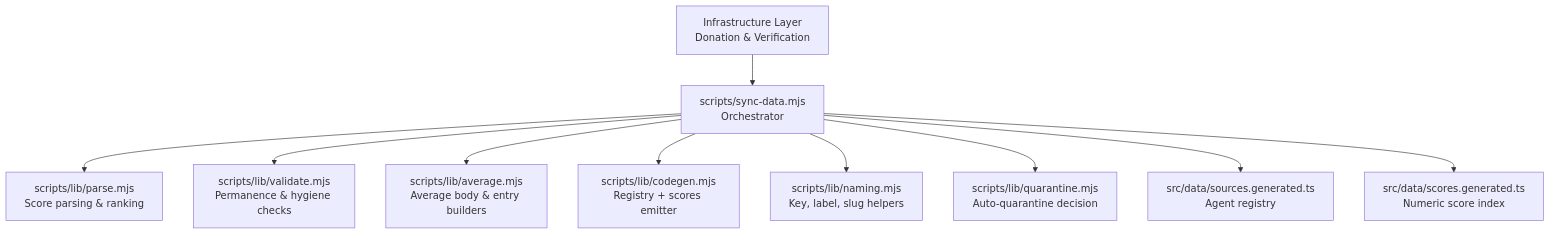
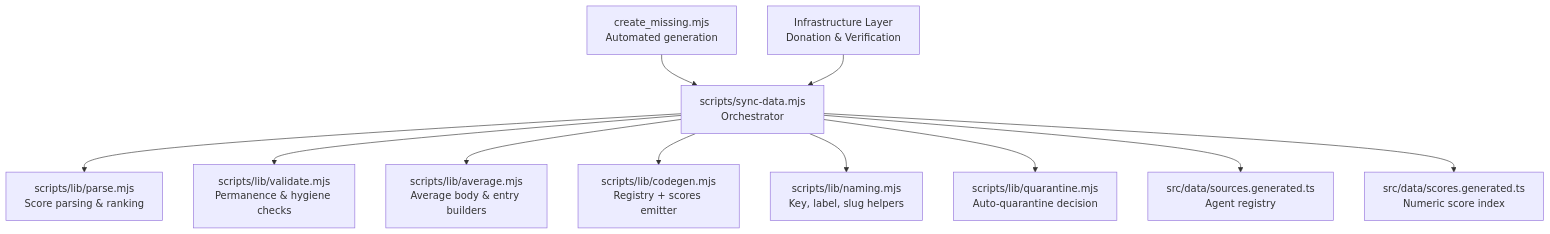
The first of 3 diagrams in .qoder/repowiki/en/content/Model Research & Evaluation/Data Synchronization Pipeline.md (delirium-dj/modelcomp), drawn with Mermaid before and after one commit. The commit also changed other lines of this file and 76 other files, not shown here.

````diff
--- a/.qoder/repowiki/en/content/Model Research & Evaluation/Data Synchronization Pipeline.md
+++ b/.qoder/repowiki/en/content/Model Research & Evaluation/Data Synchronization Pipeline.md
@@ -59,12 +62,13 @@
 ```mermaid
 graph TB
 Sync["scripts/sync-data.mjs<br/>Orchestrator"] --> Parse["scripts/lib/parse.mjs<br/>Score parsing & ranking"]
 Sync --> Validate["scripts/lib/validate.mjs<br/>Permanence & hygiene checks"]
 Sync --> Average["scripts/lib/average.mjs<br/>Average body & entry builders"]
 Sync --> Codegen["scripts/lib/codegen.mjs<br/>Registry + scores emitter"]
 Sync --> Naming["scripts/lib/naming.mjs<br/>Key, label, slug helpers"]
 Sync --> Quarantine["scripts/lib/quarantine.mjs<br/>Auto-quarantine decision"]
 Sync --> SourcesTS["src/data/sources.generated.ts<br/>Agent registry"]
 Sync --> ScoresTS["src/data/scores.generated.ts<br/>Numeric score index"]
+CreateMissing["create_missing.mjs<br/>Automated generation"] --> Sync
 Infrastructure["Infrastructure Layer<br/>Donation & Verification"] --> Sync
 ```
````
